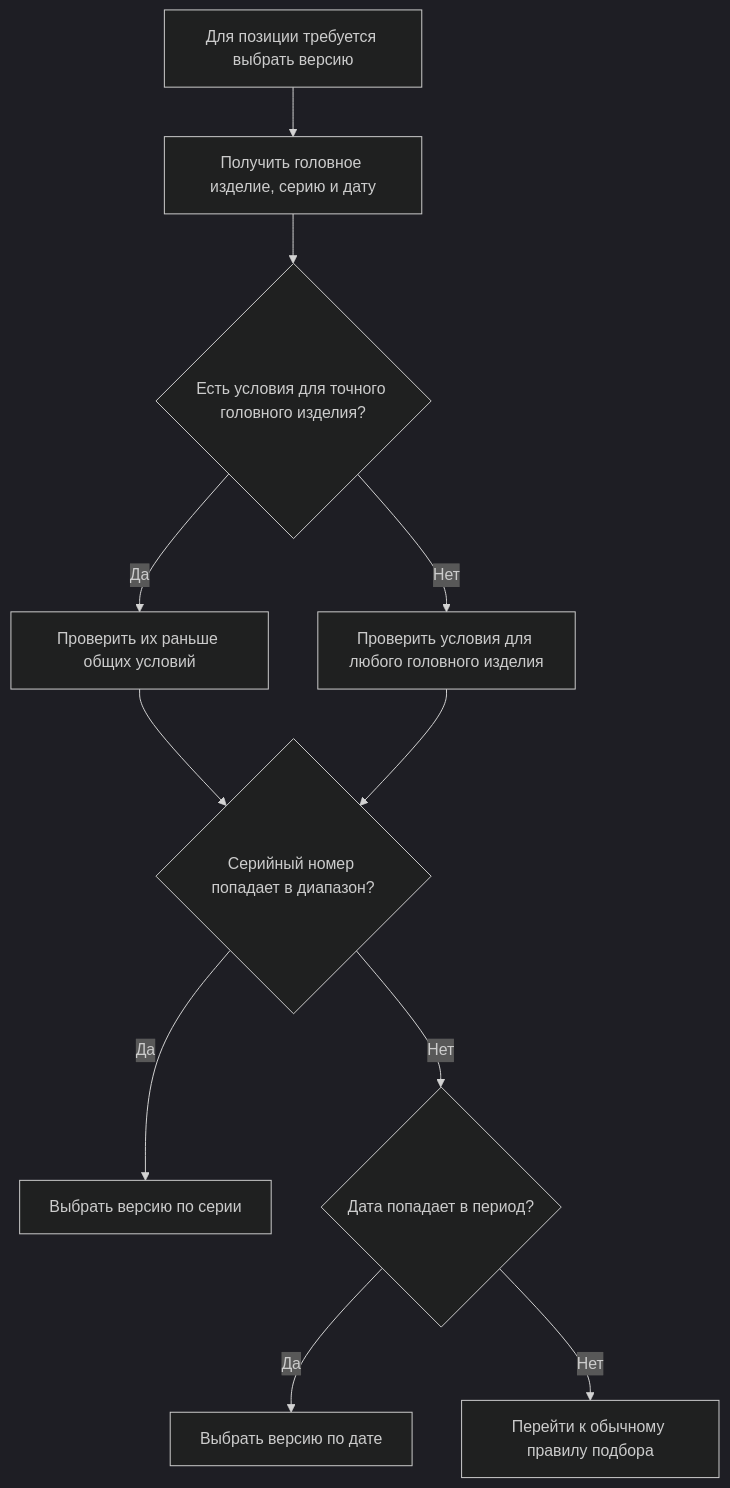
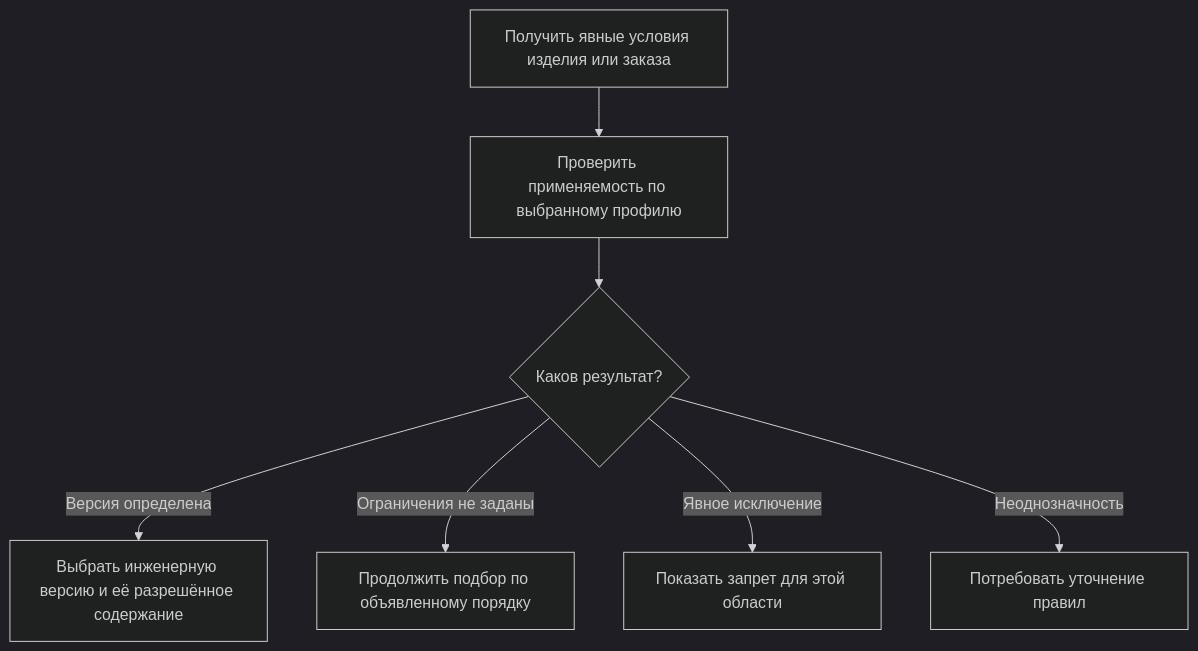
One commit to ZelAnton/Interlink-product-book changed the diagram in wiki/Selection-effectivity.md. Above: the diagram before and after it, drawn with Mermaid (dark theme). The commit also changed other lines of this file and 231 other files, not shown here.

````diff
--- a/wiki/Selection-effectivity.md
+++ b/wiki/Selection-effectivity.md
@@ -46,13 +36,9 @@
 ```mermaid
 flowchart TD
-    A["Для позиции требуется выбрать версию"] --> B["Получить головное изделие, серию и дату"]
-    B --> C{"Есть условия для точного головного изделия?"}
-    C -->|Да| D["Проверить их раньше общих условий"]
-    C -->|Нет| E["Проверить условия для любого головного изделия"]
-    D --> F{"Серийный номер попадает в диапазон?"}
-    E --> F
-    F -->|Да| G["Выбрать версию по серии"]
-    F -->|Нет| H{"Дата попадает в период?"}
-    H -->|Да| I["Выбрать версию по дате"]
-    H -->|Нет| J["Перейти к обычному правилу подбора"]
+    A["Получить явные условия изделия или заказа"] --> B["Проверить применяемость по выбранному профилю"]
+    B --> C{"Каков результат?"}
+    C -->|Версия определена| D["Выбрать инженерную версию и её разрешённое содержание"]
+    C -->|Ограничения не заданы| E["Продолжить подбор по объявленному порядку"]
+    C -->|Явное исключение| F["Показать запрет для этой области"]
+    C -->|Неоднозначность| G["Потребовать уточнение правил"]
 ```
````
